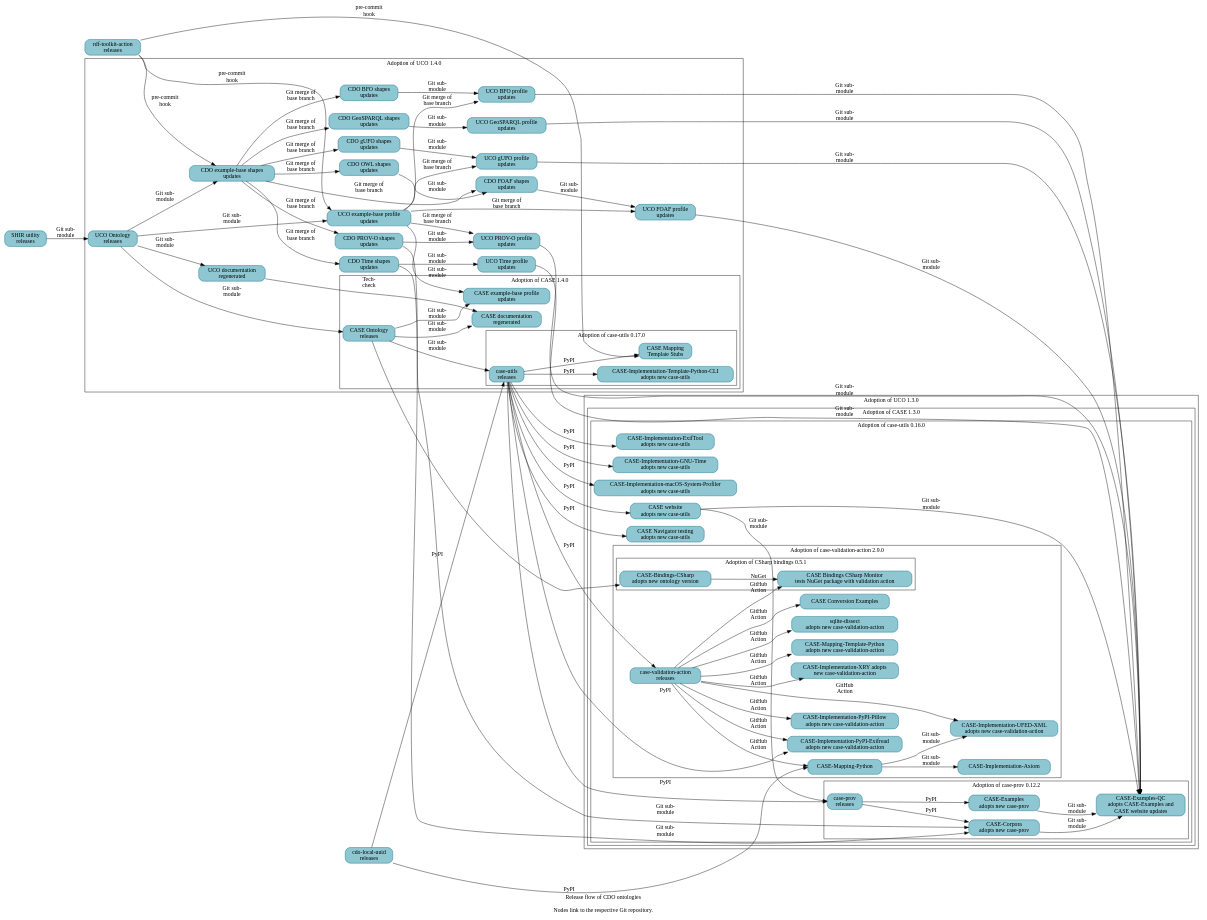
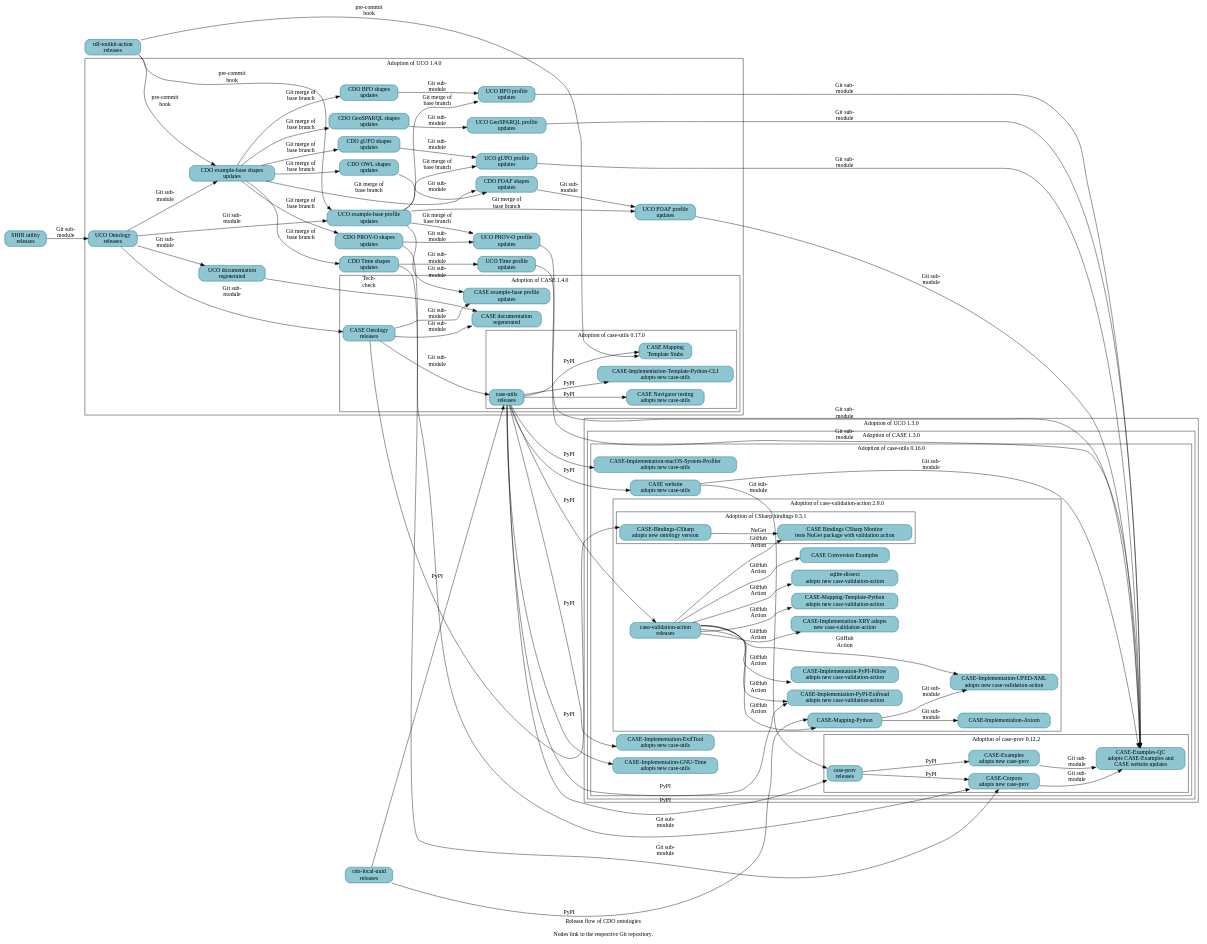
The diagram in resources/project_release_flow.dot (Cyber-Domain-Ontology/cdo.github.io), drawn with Graphviz before and after one commit. The commit also changed other lines of this file, not shown here.

First line of the commit message:
Bump adoption of CASE 1.4.0

```diff
--- a/resources/project_release_flow.dot
+++ b/resources/project_release_flow.dot
@@ -16,7 +16,6 @@
       subgraph cluster_case_utils_0_16_0 {
         label = "Adoption of case-utils 0.16.0" ;
 
-        _GH__CASEWORK__CASE_APPLICATION_NAVIGATOR [URL="https://github.com/casework/CASE-Application-Navigator" label="CASE Navigator testing\nadopts new case-utils"] ;
         _GH__CASEWORK__CASE_IMPLEMENTATION_EXIFTOOL [URL="https://github.com/casework/CASE-Implementation-ExifTool" label="CASE-Implementation-ExifTool\nadopts new case-utils"] ;
         _GH__CASEWORK__CASE_IMPLEMENTATION_GNU_TIME [URL="https://github.com/casework/CASE-Implementation-GNU-Time" label="CASE-Implementation-GNU-Time\nadopts new case-utils"] ;
         _GH__CASEWORK__CASE_IMPLEMENTATION_MACOS_SYSTEM_PROFILER [URL="https://github.com/casework/CASE-Implementation-macOS-System-Profiler" label="CASE-Implementation-macOS-System-Profiler\nadopts new case-utils"] ;
@@ -87,6 +86,7 @@
       subgraph cluster_case_utils_0_17_0 {
         label = "Adoption of case-utils 0.17.0" ;
 
+        _GH__CASEWORK__CASE_APPLICATION_NAVIGATOR [URL="https://github.com/casework/CASE-Application-Navigator" label="CASE Navigator testing\nadopts new case-utils"] ;
         _GH__CASEWORK__CASE_IMPLEMENTATION_TEMPLATE_PYTHON_CLI [URL="https://github.com/casework/CASE-Implementation-Template-Python-CLI" label="CASE-Implementation-Template-Python-CLI\nadopts new case-utils"]
         _GH__CASEWORK__CASE_MAPPING_TEMPLATE_STUBS [URL="https://github.com/casework/CASE-Mapping-Template-Stubs" label="CASE Mapping\nTemplate Stubs"] ;
         _GH__CASEWORK__CASE_UTILITIES_PYTHON [URL="https://github.com/casework/CASE-Utilities-Python" label="case-utils\nreleases"] ;
```
